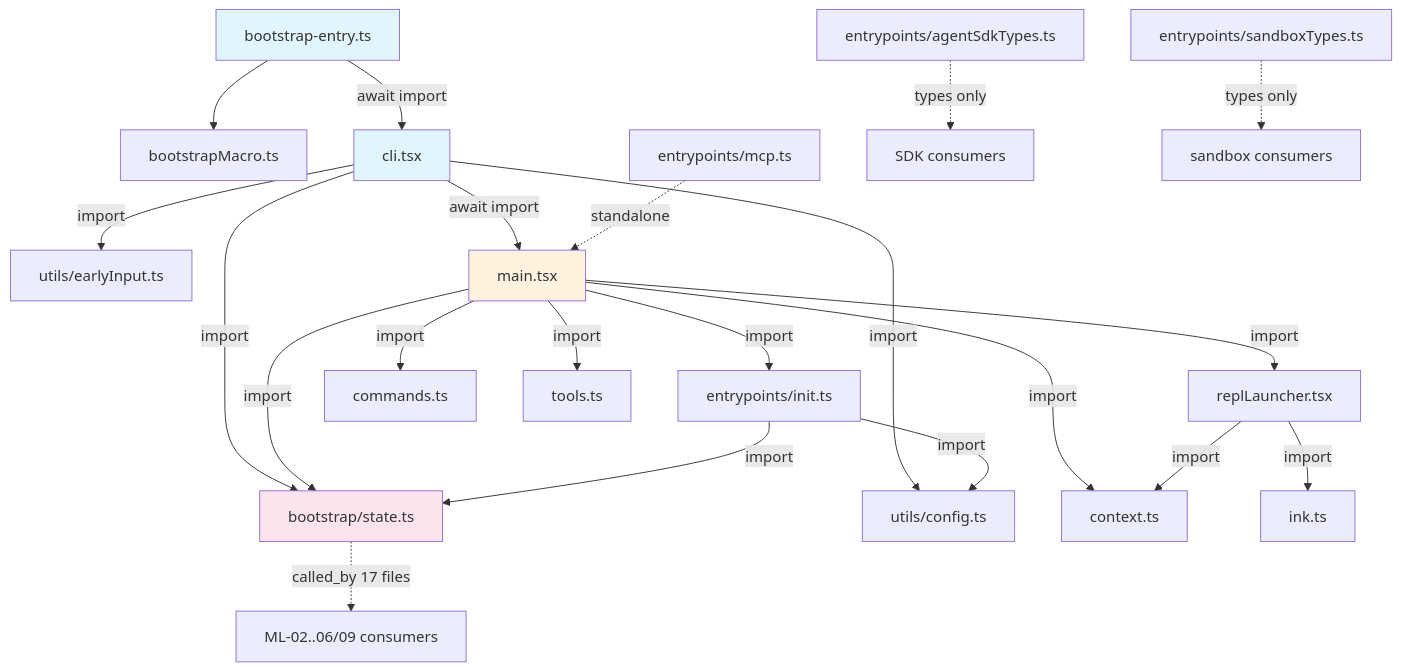
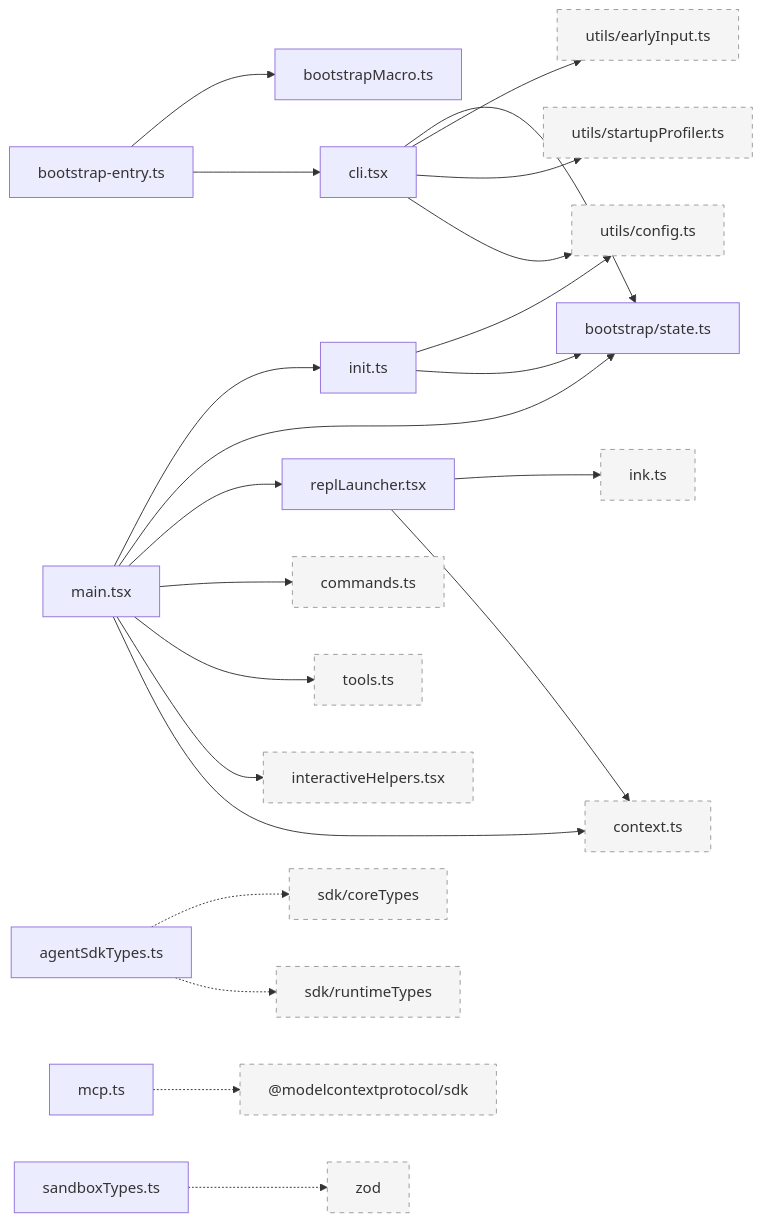
Before and after one commit to LiuYuuChen/clawcode_analysis: the first of 8 diagrams in branches/main/task-analyses/T-01-cli-entry-init.md, drawn with Mermaid. The commit also changed other lines of this file and 137 other files, not shown here.

````diff
--- a/branches/main/task-analyses/T-01-cli-entry-init.md
+++ b/branches/main/task-analyses/T-01-cli-entry-init.md
@@ -77,28 +103,26 @@
 ```mermaid
-graph TD
-    BE[bootstrap-entry.ts] --> BM[bootstrapMacro.ts]
-    BE -->|await import| CLI[cli.tsx]
-    CLI -->|import| EI[utils/earlyInput.ts]
-    CLI -->|import| ST[bootstrap/state.ts]
-    CLI -->|import| UC[utils/config.ts]
-    CLI -->|await import| MAIN[main.tsx]
-    MAIN -->|import| INIT[entrypoints/init.ts]
-    MAIN -->|import| RL[replLauncher.tsx]
-    MAIN -->|import| ST
-    MAIN -->|import| CTX[context.ts]
-    MAIN -->|import| CMD[commands.ts]
-    MAIN -->|import| TOOLS[tools.ts]
-    INIT -->|import| ST
-    INIT -->|import| UC
-    RL -->|import| INK[ink.ts]
-    RL -->|import| CTX
-    ST -.->|called_by 17 files| EXT1[ML-02..06/09 consumers]
-    MCP[entrypoints/mcp.ts] -.->|standalone| MAIN
-    SDKT[entrypoints/agentSdkTypes.ts] -.->|types only| EXT2[SDK consumers]
-    SBX[entrypoints/sandboxTypes.ts] -.->|types only| EXT3[sandbox consumers]
+flowchart LR
+    BE["bootstrap-entry.ts"] --> BM["bootstrapMacro.ts"]
+    BE --> CLI["cli.tsx"]
+    CLI --> ST["bootstrap/state.ts"]
+    CLI --> UI["utils/earlyInput.ts"]:::external
+    CLI --> SP["utils/startupProfiler.ts"]:::external
+    CLI --> CF["utils/config.ts"]:::external
+    MX["main.tsx"] --> INIT["init.ts"]
+    MX --> ST
+    MX --> RL["replLauncher.tsx"]
+    MX --> CMD["commands.ts"]:::external
+    MX --> TOL["tools.ts"]:::external
+    MX --> IH["interactiveHelpers.tsx"]:::external
+    MX --> CTX["context.ts"]:::external
+    INIT --> CF
+    INIT --> ST
+    RL --> INK["ink.ts"]:::external
+    RL --> CTX
+    SDK["agentSdkTypes.ts"] -.-> CORE["sdk/coreTypes"]:::external
+    SDK -.-> RUN["sdk/runtimeTypes"]:::external
+    MCP["mcp.ts"] -.-> MCP_SDK["@modelcontextprotocol/sdk"]:::external
+    SBOX["sandboxTypes.ts"] -.-> ZOD["zod"]:::external
 
-    style BE fill:#e1f5fe
-    style CLI fill:#e1f5fe
-    style MAIN fill:#fff3e0
-    style ST fill:#fce4ec
+    classDef external fill:#f5f5f5,stroke:#999,stroke-dasharray: 5 5
 ```
````
